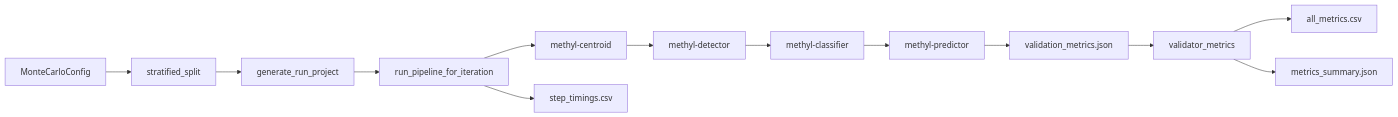
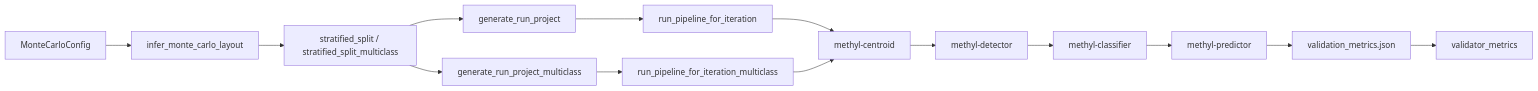
One commit to Goliath-Research/GoliathWorkflow changed the diagram in packages/methylvalidation/docs/IMPLEMENTATION.md. Above: the diagram before and after it, drawn with Mermaid. The commit also changed other lines of this file and 12 other files, not shown here.

````diff
--- a/packages/methylvalidation/docs/IMPLEMENTATION.md
+++ b/packages/methylvalidation/docs/IMPLEMENTATION.md
@@ -15,29 +15,30 @@
 ```mermaid
 flowchart LR
   Config[MonteCarloConfig]
-  Split[stratified_split]
-  ProjectGen[generate_run_project]
-  Runner[run_pipeline_for_iteration]
+  Layout[infer_monte_carlo_layout]
+  Split[stratified_split / stratified_split_multiclass]
+  GenB[generate_run_project]
+  GenM[generate_run_project_multiclass]
+  RunB[run_pipeline_for_iteration]
+  RunM[run_pipeline_for_iteration_multiclass]
   Centroid[methyl-centroid]
   Detector[methyl-detector]
   Classifier[methyl-classifier]
   Predictor[methyl-predictor]
   Metrics[validation_metrics.json]
   Aggregate[validator_metrics]
-  AllMetrics[all_metrics.csv]
-  Summary[metrics_summary.json]
-  Timings[step_timings.csv]
 
-  Config --> Split
-  Split --> ProjectGen
-  ProjectGen --> Runner
-  Runner --> Centroid
+  Config --> Layout
+  Layout --> Split
+  Split --> GenB
+  Split --> GenM
+  GenB --> RunB
+  GenM --> RunM
+  RunB --> Centroid
+  RunM --> Centroid
   Centroid --> Detector
   Detector --> Classifier
   Classifier --> Predictor
   Predictor --> Metrics
   Metrics --> Aggregate
-  Aggregate --> AllMetrics
-  Aggregate --> Summary
-  Runner --> Timings
 ```
````
